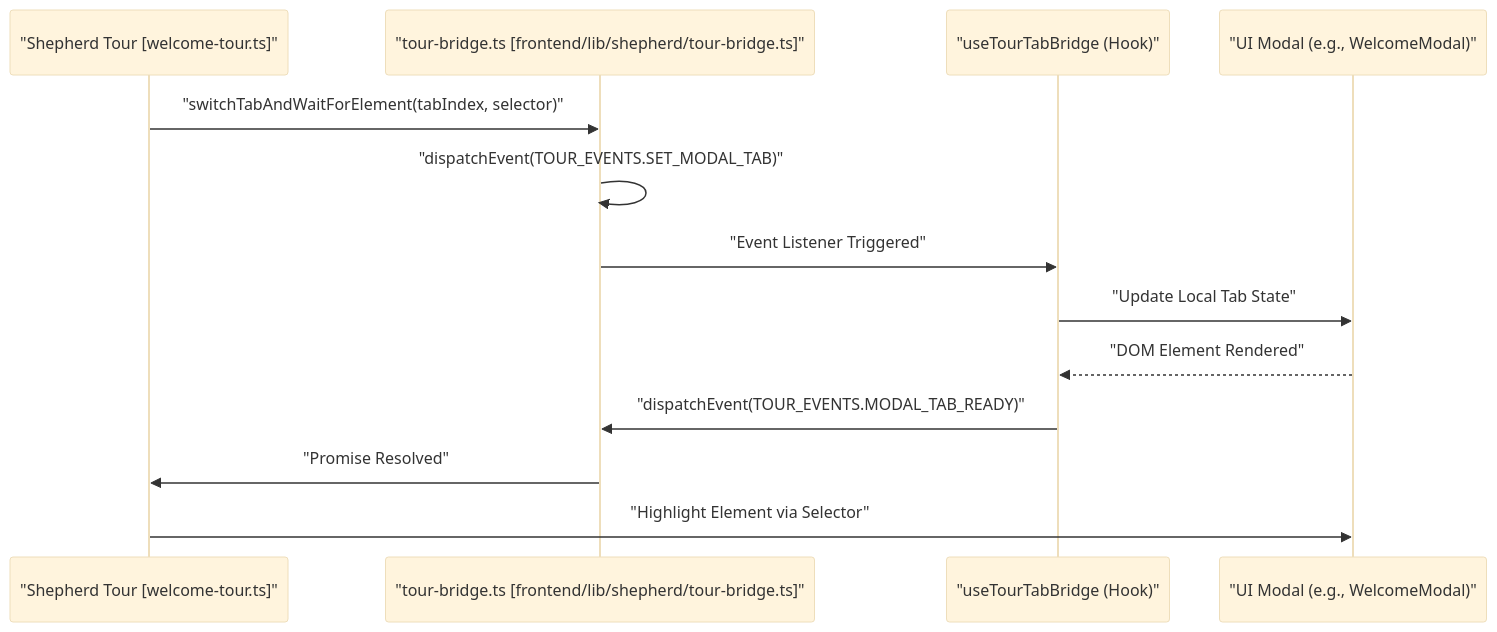
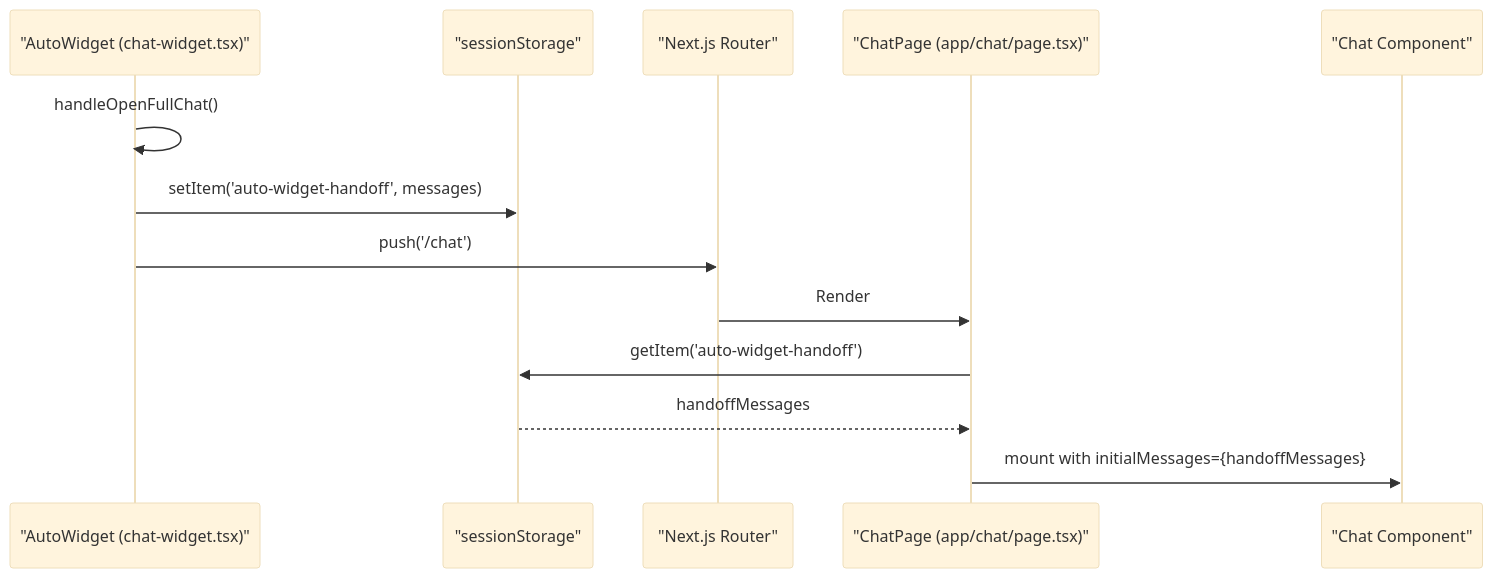
One commit to AutomatosAI/automatos-ai changed the second of 2 diagrams in docs/frontend-architecture/application-structure.md. Above: the diagram before and after it, drawn with Mermaid (base theme). The commit also changed other lines of this file and 153 other files, not shown here.

````diff
--- a/docs/frontend-architecture/application-structure.md
+++ b/docs/frontend-architecture/application-structure.md
@@ -144,16 +109,16 @@
 ```mermaid
 sequenceDiagram
-    participant T as "Shepherd Tour [welcome-tour.ts]"
-    participant B as "tour-bridge.ts [frontend/lib/shepherd/tour-bridge.ts]"
-    participant H as "useTourTabBridge (Hook)"
-    participant M as "UI Modal (e.g., WelcomeModal)"
+    participant W as "AutoWidget (chat-widget.tsx)"
+    participant S as "sessionStorage"
+    participant R as "Next.js Router"
+    participant P as "ChatPage (app/chat/page.tsx)"
+    participant C as "Chat Component"
 
-    T->>B: "switchTabAndWaitForElement(tabIndex, selector)"
-    B->>B: "dispatchEvent(TOUR_EVENTS.SET_MODAL_TAB)"
-    B->>H: "Event Listener Triggered"
-    H->>M: "Update Local Tab State"
-    M-->>H: "DOM Element Rendered"
-    H->>B: "dispatchEvent(TOUR_EVENTS.MODAL_TAB_READY)"
-    B->>T: "Promise Resolved"
-    T->>M: "Highlight Element via Selector"
+    W->>W: handleOpenFullChat()
+    W->>S: setItem('auto-widget-handoff', messages)
+    W->>R: push('/chat')
+    R->>P: Render
+    P->>S: getItem('auto-widget-handoff')
+    S-->>P: handoffMessages
+    P->>C: mount with initialMessages={handoffMessages}
 ```
````
